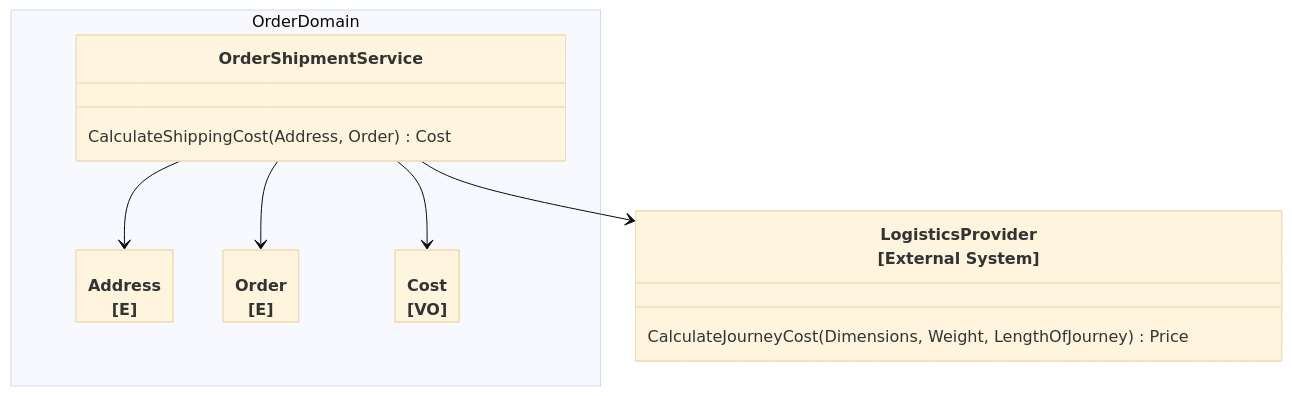
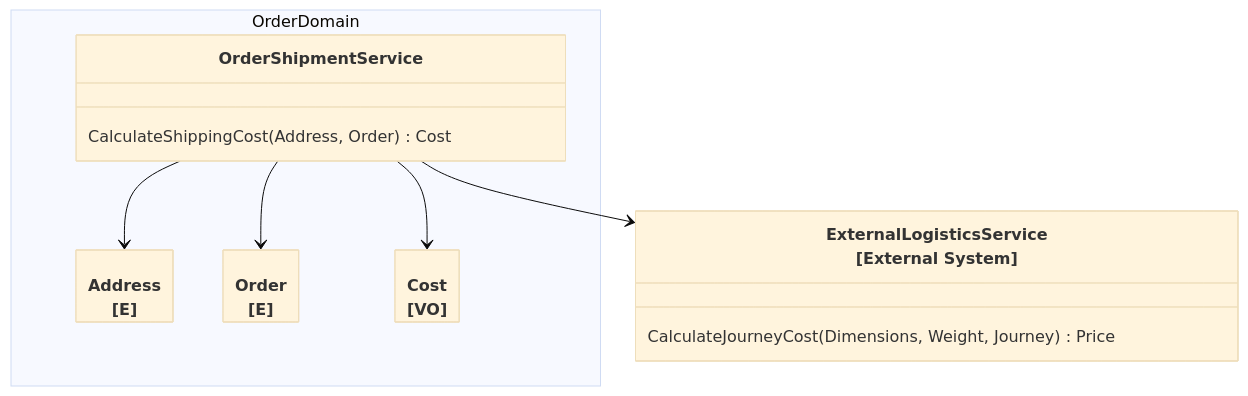
One commit to hoangbv15/my-notes changed the tenth of 11 diagrams in software-dev/DDD.md. Above: the diagram before and after it, drawn with Mermaid (base theme). The commit also changed other lines of this file, not shown here.

````diff
--- a/software-dev/DDD.md
+++ b/software-dev/DDD.md
@@ -289,24 +289,24 @@
 ```mermaid
 ---
   config:
     class:
       hideEmptyMembersBox: true
 ---
 classDiagram
   namespace OrderDomain {
     class Service["OrderShipmentService"] {
       CalculateShippingCost(Address, Order) Cost
     }
     class Address["Address<br/>[E]"]
     class Order["Order<br/>[E]"]
     class Cost["Cost<br/>[VO]"]
   }
-  class Logistics["LogisticsProvider<br/>[External System]"] {
-    CalculateJourneyCost(Dimensions, Weight, LengthOfJourney) Price
+  class Logistics["ExternalLogisticsService<br/>[External System]"] {
+    CalculateJourneyCost(Dimensions, Weight, Journey) Price
   }
 
   Service --> Address
   Service --> Order
   Service --> Logistics
   Service --> Cost
 ```
````
